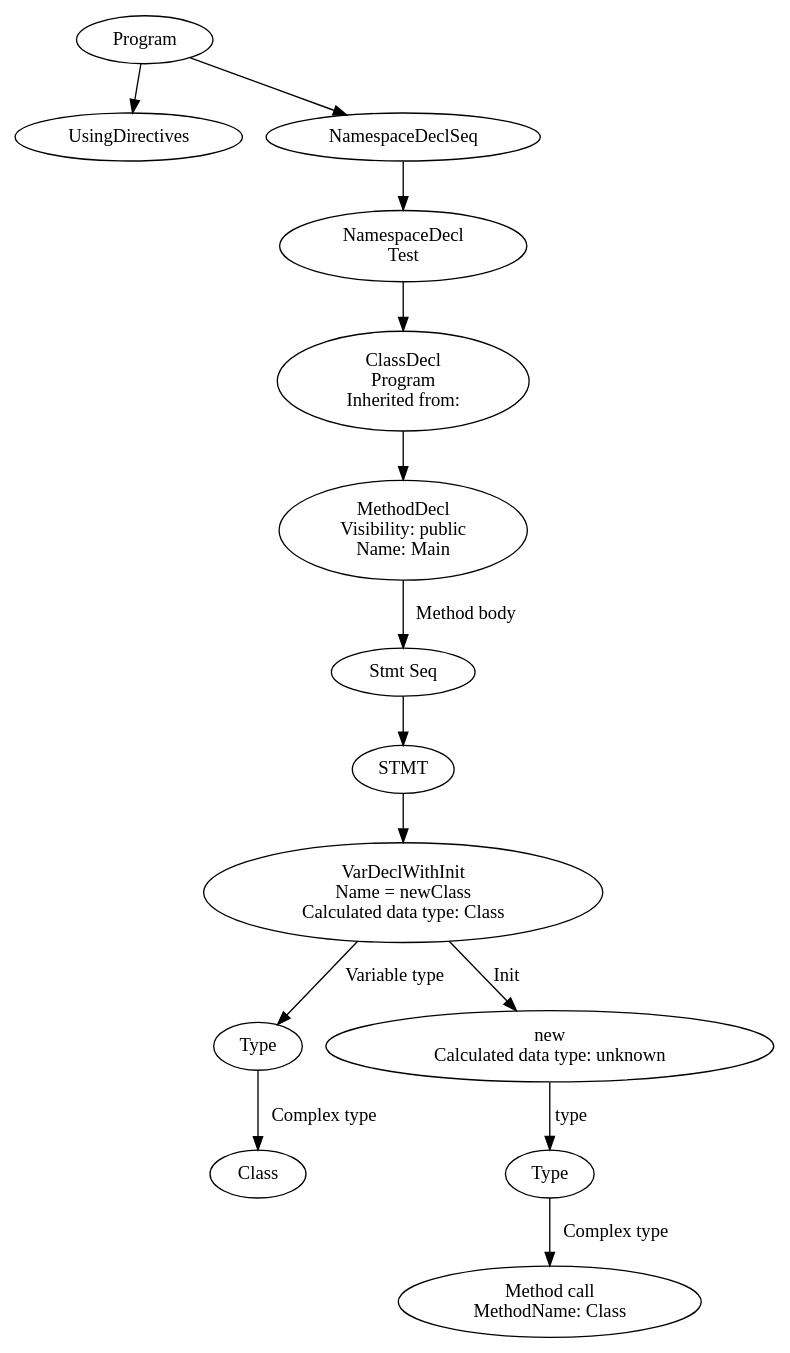
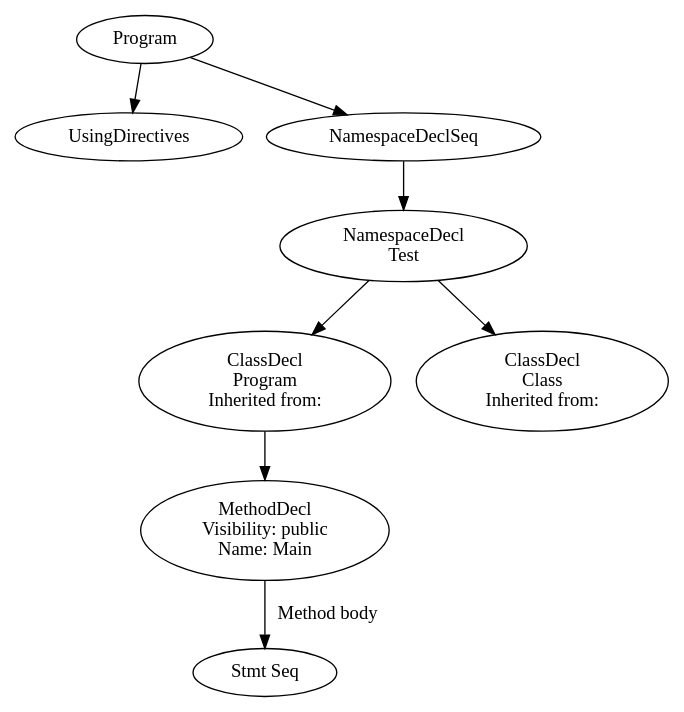
One commit to SergeyGT/CSharp_Compiler changed the diagram in lexer-build/ast.dot. Above: the diagram before and after it, drawn with Graphviz. The commit also changed 4 other files, not shown here.

```diff
--- a/lexer-build/ast.dot
+++ b/lexer-build/ast.dot
@@ -1,29 +1,17 @@
 digraph Program {
-16 [label="Program"]
+14 [label="Program"]
 0 [label="UsingDirectives"]
-15 [label="NamespaceDeclSeq"]
-14 [label="NamespaceDecl\nTest"]
-12 [label="ClassDecl\nProgram\n Inherited from: "]
-10 [label="MethodDecl\nVisibility: public\nName: Main"]
-9 [label="Stmt Seq"]
-8 [label="STMT"]
-7 [label="VarDeclWithInit\nName = newClass\nCalculated data type: Class"]
-3 [label="Type"]
-2 [label="Class"]
-3 -> 2 [label="Complex type"]
-7 -> 3 [label="Variable type"]
-6 [label="new\nCalculated data type: unknown"]
-5 [label="Type"]
-4 [label="Method call\nMethodName: Class"]
-5 -> 4 [label="Complex type"]
-6 -> 5 [label="type"]
-7 -> 6 [label="Init"]
-8 -> 7
-9 -> 8
-10 -> 9 [label="Method body"]
-12 -> 10
-14 -> 12
-15 -> 14
-16 -> 0
-16 -> 15
+13 [label="NamespaceDeclSeq"]
+12 [label="NamespaceDecl\nTest"]
+5 [label="ClassDecl\nProgram\n Inherited from: "]
+3 [label="MethodDecl\nVisibility: public\nName: Main"]
+2 [label="Stmt Seq"]
+3 -> 2 [label="Method body"]
+5 -> 3
+12 -> 5
+11 [label="ClassDecl\nClass\n Inherited from: "]
+12 -> 11
+13 -> 12
+14 -> 0
+14 -> 13
 }
```
